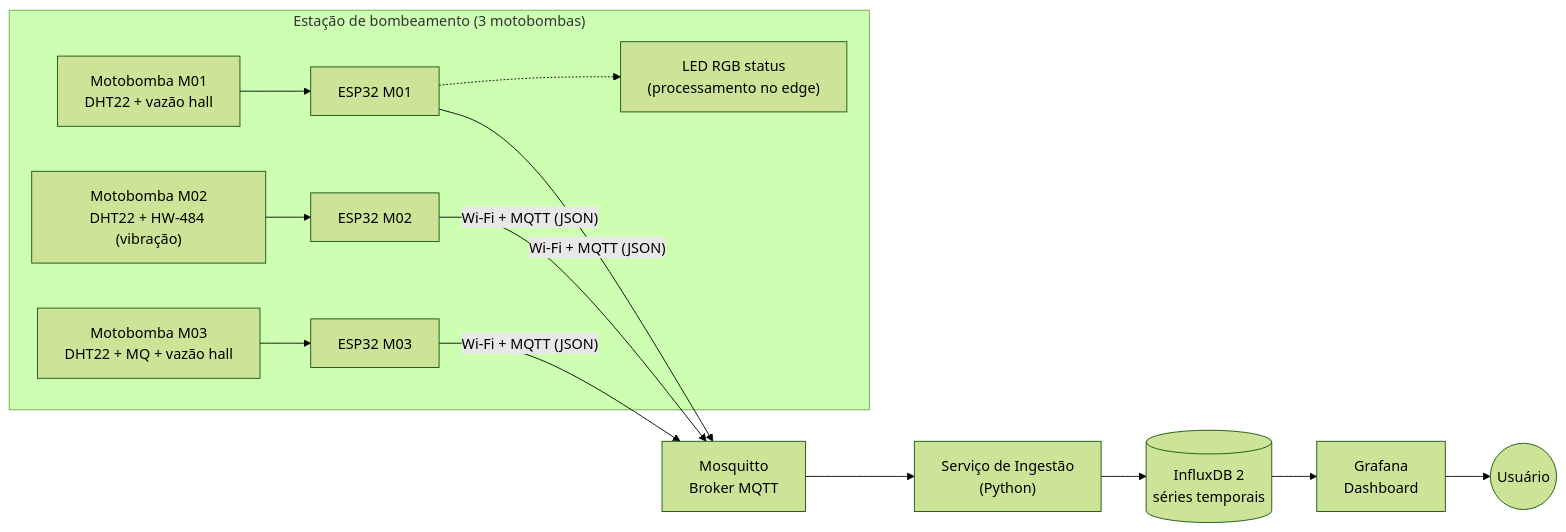
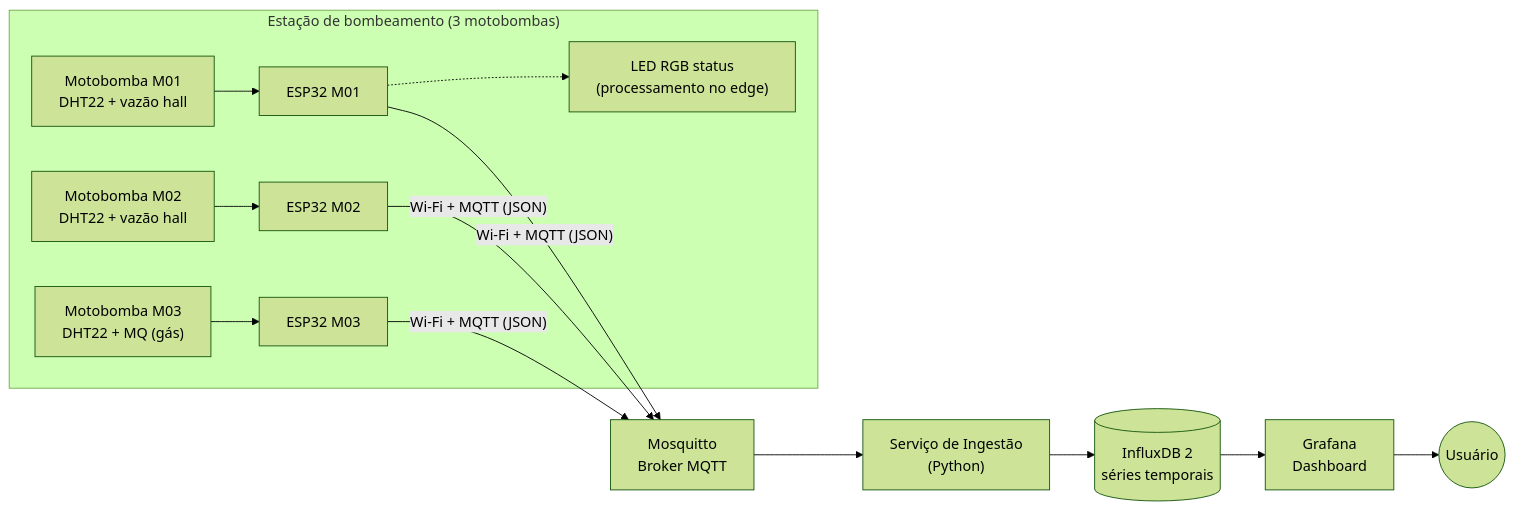
The diagram in README.md (PedroFurtadoC/estacao-bombeamento-iot), drawn with Mermaid (forest theme) before and after one commit. The commit also changed other lines of this file and 23 other files, not shown here.

````diff
--- a/README.md
+++ b/README.md
@@ -14,15 +14,15 @@
 ```mermaid
 flowchart LR
     subgraph Estacao["Estação de bombeamento (3 motobombas)"]
         S1["Motobomba M01<br/>DHT22 + vazão hall"] --> E1["ESP32 M01"]
-        S2["Motobomba M02<br/>DHT22 + HW-484 (vibração)"] --> E2["ESP32 M02"]
-        S3["Motobomba M03<br/>DHT22 + MQ + vazão hall"] --> E3["ESP32 M03"]
+        S2["Motobomba M02<br/>DHT22 + vazão hall"] --> E2["ESP32 M02"]
+        S3["Motobomba M03<br/>DHT22 + MQ (gás)"] --> E3["ESP32 M03"]
         E1 -.-> L1["LED RGB status<br/>(processamento no edge)"]
     end
 
     E1 & E2 & E3 -- "Wi-Fi + MQTT (JSON)" --> B["Mosquitto<br/>Broker MQTT"]
     B --> I["Serviço de Ingestão<br/>(Python)"]
     I --> DB[("InfluxDB 2<br/>séries temporais")]
     DB --> G["Grafana<br/>Dashboard"]
     G --> U(("Usuário"))
 ```
````
